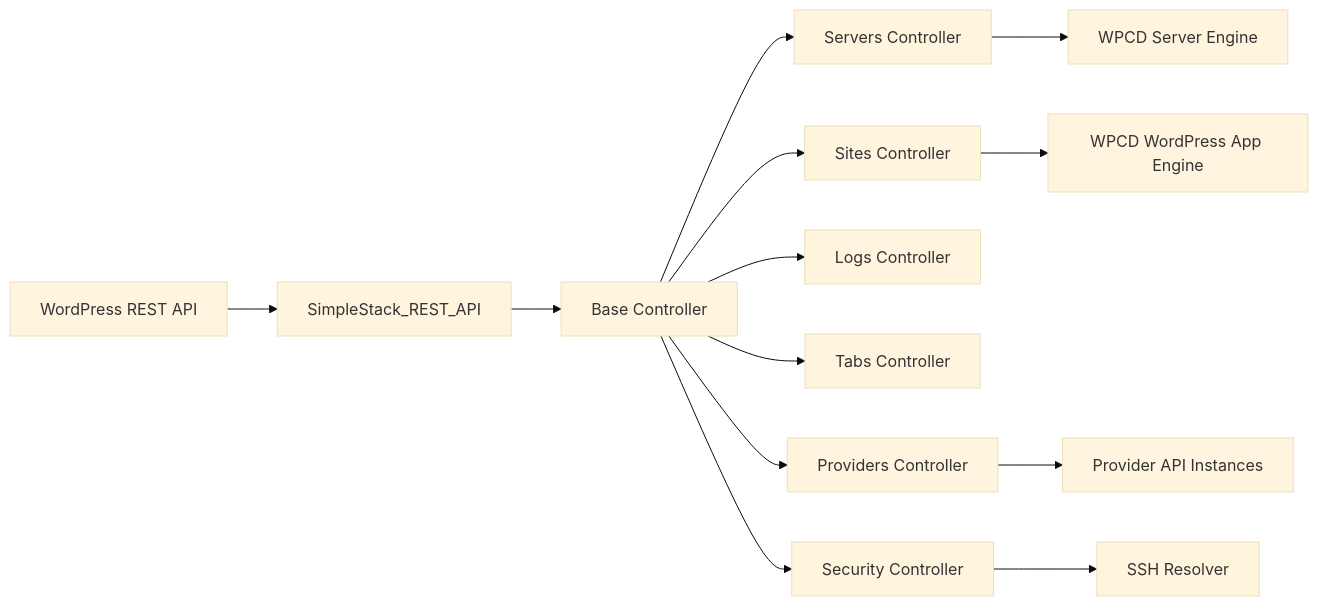
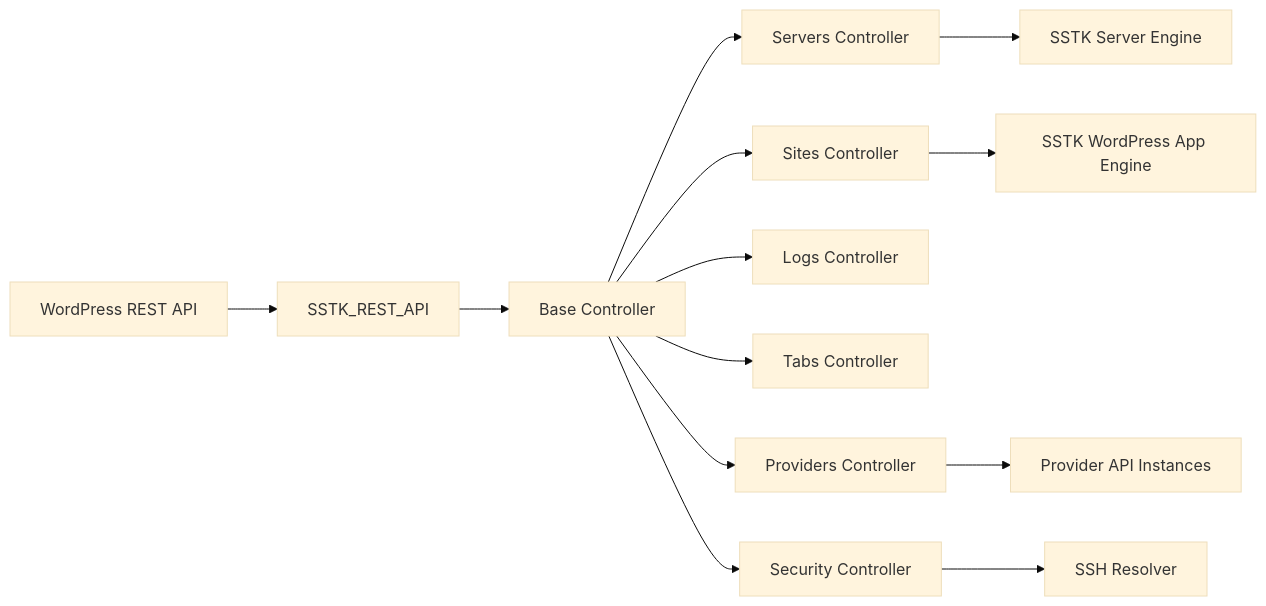
One commit to onedogsolutions/simple-stack changed the ninth of 9 diagrams in .qoder/repowiki/en/content/REST API Reference/REST API Reference.md. Above: the diagram before and after it, drawn with Mermaid (base theme). The commit also changed other lines of this file and 5941 other files, not shown here.

First line of the commit message:
refactor(core): rebrand WPCloudDeploy to Simple Stack with new namespaces and prefixes

````diff
--- a/.qoder/repowiki/en/content/REST API Reference/REST API Reference.md
+++ b/.qoder/repowiki/en/content/REST API Reference/REST API Reference.md
@@ -640,15 +651,15 @@
 ```mermaid
 graph LR
-WP["WordPress REST API"] --> SS_API["SimpleStack_REST_API"]
+WP["WordPress REST API"] --> SS_API["SSTK_REST_API"]
 SS_API --> Base["Base Controller"]
 Base --> Servers["Servers Controller"]
 Base --> Sites["Sites Controller"]
 Base --> Logs["Logs Controller"]
 Base --> Tabs["Tabs Controller"]
 Base --> Providers["Providers Controller"]
 Base --> Security["Security Controller"]
-Servers --> WPCD_Server["WPCD Server Engine"]
-Sites --> WPCD_App["WPCD WordPress App Engine"]
+Servers --> SSTK_Server["SSTK Server Engine"]
+Sites --> SSTK_App["SSTK WordPress App Engine"]
 Security --> SSH["SSH Resolver"]
 Providers --> Provider_API["Provider API Instances"]
 ```
````
